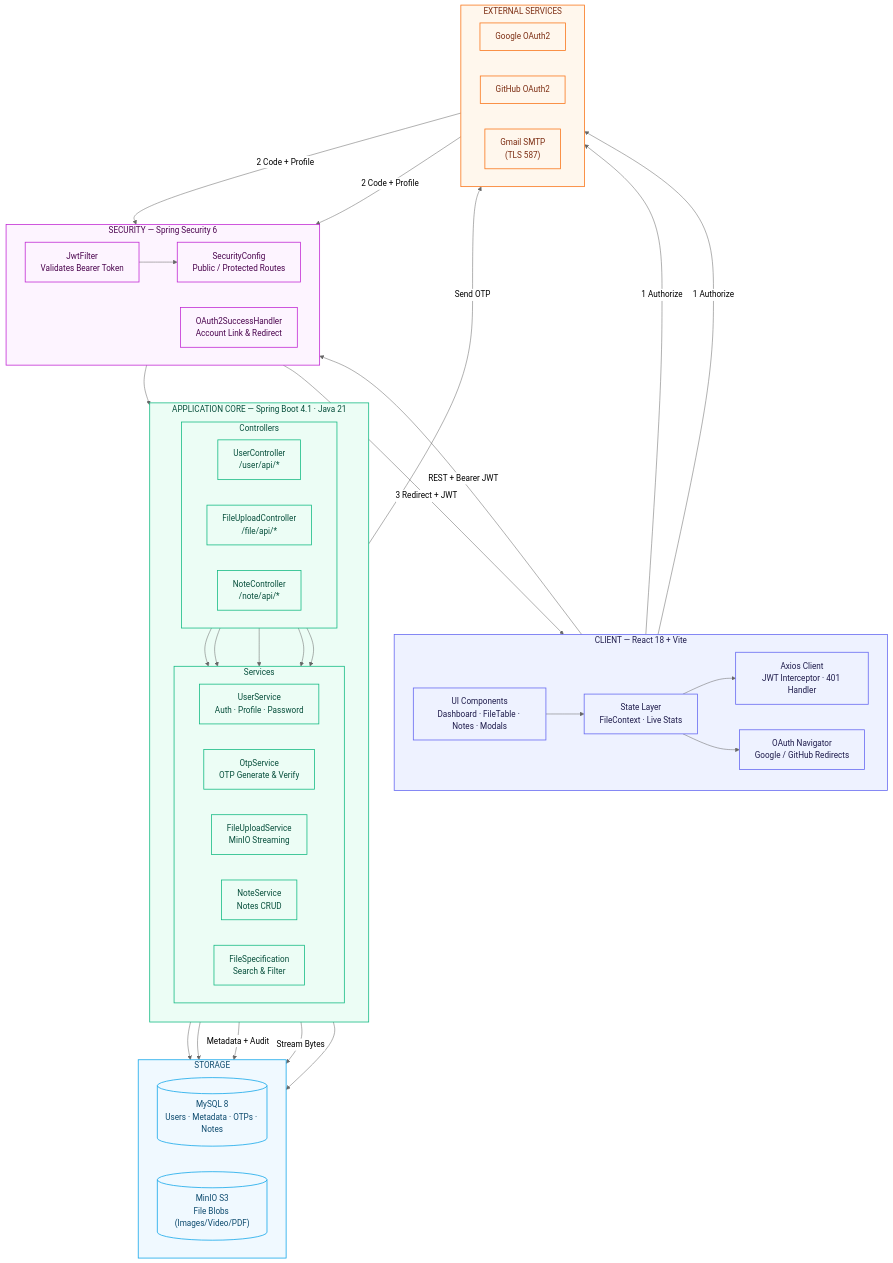
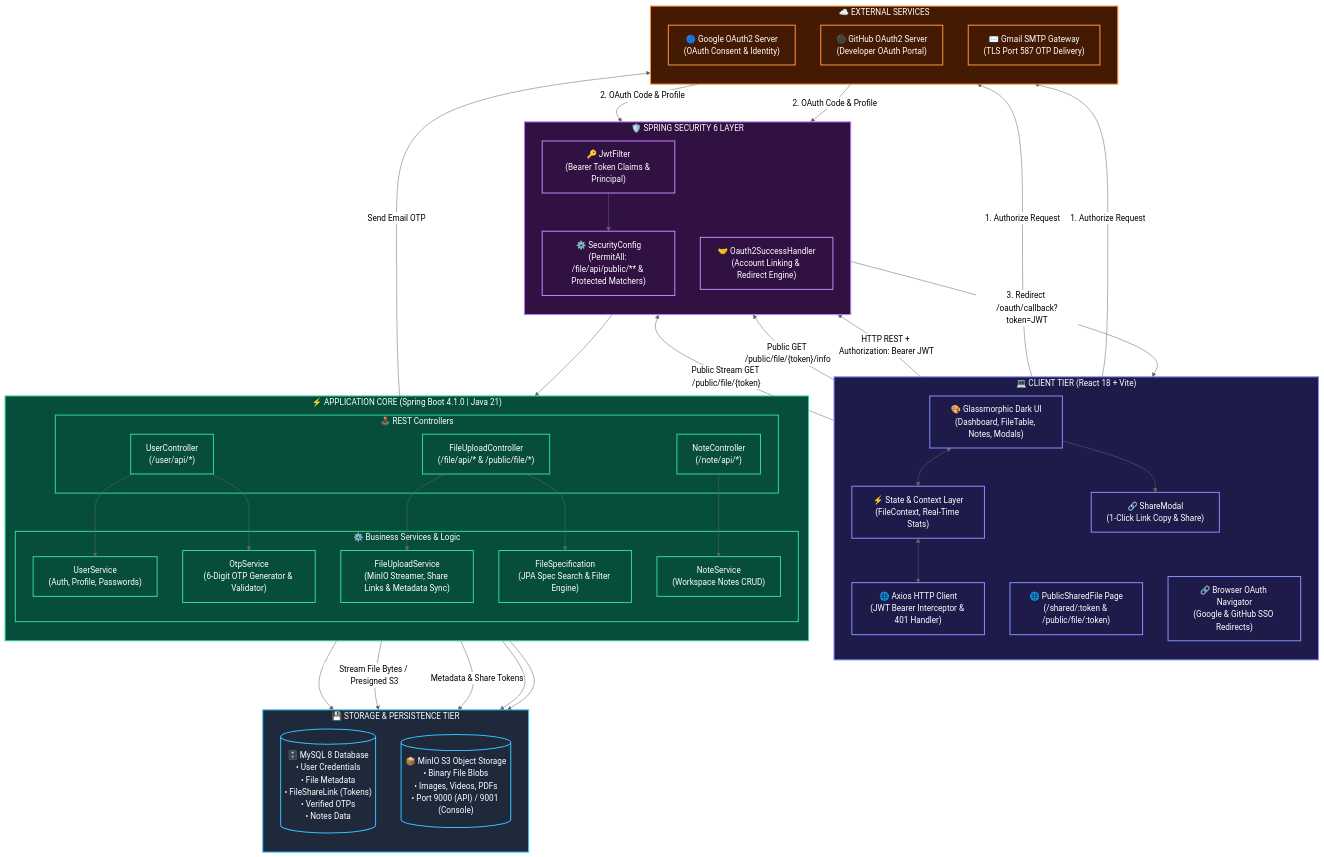
One commit to kartik-lohate11/CloudNest-Cloud-File-Storage-Platform changed the diagram in README.md. Above: the diagram before and after it, drawn with Mermaid (neutral theme). The commit also changed other lines of this file, not shown here.

Commit message:
update readme file

````diff
--- a/README.md
+++ b/README.md
@@ -69,89 +73,112 @@
 ```mermaid
 flowchart TB
-    subgraph ClientTier["CLIENT — React 18 + Vite"]
-        direction LR
-        UI["UI Components<br/>Dashboard · FileTable · Notes · Modals"]
-        State["State Layer<br/>FileContext · Live Stats"]
-        Axios["Axios Client<br/>JWT Interceptor · 401 Handler"]
-        OAuthNav["OAuth Navigator<br/>Google / GitHub Redirects"]
-
-        UI --> State --> Axios
-        State --> OAuthNav
+    %% ==========================================
+    %% CLIENT LAYER
+    %% ==========================================
+    subgraph ClientTier["💻 CLIENT TIER (React 18 + Vite)"]
+        direction TB
+        UI["🎨 Glassmorphic Dark UI\n(Dashboard, FileTable, Notes, Modals)"]
+        ShareModal["🔗 ShareModal\n(1-Click Link Copy & Share)"]
+        PublicPage["🌐 PublicSharedFile Page\n(/shared/:token & /public/file/:token)"]
+        State["⚡ State & Context Layer\n(FileContext, Real-Time Stats)"]
+        AxiosClient["🌐 Axios HTTP Client\n(JWT Bearer Interceptor & 401 Handler)"]
+        OAuthNav["🔗 Browser OAuth Navigator\n(Google & GitHub SSO Redirects)"]
+        
+        UI <--> State
+        UI --> ShareModal
+        State <--> AxiosClient
     end
 
-    subgraph SecurityTier["SECURITY — Spring Security 6"]
-        direction LR
-        JwtFilter["JwtFilter<br/>Validates Bearer Token"]
-        SecurityConfig["SecurityConfig<br/>Public / Protected Routes"]
-        OAuthHandler["OAuth2SuccessHandler<br/>Account Link & Redirect"]
-
-        JwtFilter --> SecurityConfig
+    %% ==========================================
+    %% SECURITY & GATEWAY LAYER
+    %% ==========================================
+    subgraph SecurityTier["🛡️ SPRING SECURITY 6 LAYER"]
+        direction TB
+        JwtFilter["🔑 JwtFilter\n(Bearer Token Claims & Principal)"]
+        OAuthHandler["🤝 Oauth2SuccessHandler\n(Account Linking & Redirect Engine)"]
+        SecurityConfig["⚙️ SecurityConfig\n(PermitAll: /file/api/public/** & Protected Matchers)"]
     end
 
-    subgraph AppTier["APPLICATION CORE — Spring Boot 4.1 · Java 21"]
+    %% ==========================================
+    %% APPLICATION CORE LAYER (SPRING BOOT 4.1.0)
+    %% ==========================================
+    subgraph AppTier["⚡ APPLICATION CORE (Spring Boot 4.1.0 | Java 21)"]
         direction TB
-
-        subgraph Controllers["Controllers"]
-            direction LR
-            UserCtrl["UserController<br/>/user/api/*"]
-            FileCtrl["FileUploadController<br/>/file/api/*"]
-            NoteCtrl["NoteController<br/>/note/api/*"]
+        
+        subgraph Controllers["🕹️ REST Controllers"]
+            UserCtrl["UserController\n(/user/api/*)"]
+            FileCtrl["FileUploadController\n(/file/api/* & /public/file/*)"]
+            NoteCtrl["NoteController\n(/note/api/*)"]
         end
 
-        subgraph Services["Services"]
-            direction LR
-            UserSvc["UserService<br/>Auth · Profile · Password"]
-            OtpSvc["OtpService<br/>OTP Generate & Verify"]
-            FileSvc["FileUploadService<br/>MinIO Streaming"]
-            NoteSvc["NoteService<br/>Notes CRUD"]
-            FileSpec["FileSpecification<br/>Search & Filter"]
+        subgraph Services["⚙️ Business Services & Logic"]
+            UserService["UserService\n(Auth, Profile, Passwords)"]
+            OtpService["OtpService\n(6-Digit OTP Generator & Validator)"]
+            FileService["FileUploadService\n(MinIO Streamer, Share Links & Metadata Sync)"]
+            NoteService["NoteService\n(Workspace Notes CRUD)"]
+            JPASpec["FileSpecification\n(JPA Spec Search & Filter Engine)"]
         end
 
-        UserCtrl --> UserSvc
-        UserCtrl --> OtpSvc
-        FileCtrl --> FileSvc
-        FileCtrl --> FileSpec
-        NoteCtrl --> NoteSvc
+        UserCtrl --> UserService
+        UserCtrl --> OtpService
+        FileCtrl --> FileService
+        FileCtrl --> JPASpec
+        NoteCtrl --> NoteService
     end
 
-    subgraph StorageTier["STORAGE"]
-        direction LR
-        MySQL[("MySQL 8<br/>Users · Metadata · OTPs · Notes")]
-        MinIO[("MinIO S3<br/>File Blobs (Images/Video/PDF)")]
+    %% ==========================================
+    %% PERSISTENCE & STORAGE TIER
+    %% ==========================================
+    subgraph StorageTier["💾 STORAGE & PERSISTENCE TIER"]
+        direction TB
+        MySQL[("🗄️ MySQL 8 Database\n• User Credentials\n• File Metadata\n• FileShareLink (Tokens)\n• Verified OTPs\n• Notes Data")]
+        MinIO[("📦 MinIO S3 Object Storage\n• Binary File Blobs\n• Images, Videos, PDFs\n• Port 9000 (API) / 9001 (Console)")]
     end
 
-    subgraph ExternalTier["EXTERNAL SERVICES"]
-        direction LR
-        Google["Google OAuth2"]
-        GitHub["GitHub OAuth2"]
-        SMTP["Gmail SMTP<br/>(TLS 587)"]
+    %% ==========================================
+    %% EXTERNAL SERVICES
+    %% ==========================================
+    subgraph ExternalServices["☁️ EXTERNAL SERVICES"]
+        direction TB
+        GoogleOAuth["🔵 Google OAuth2 Server\n(OAuth Consent & Identity)"]
+        GitHubOAuth["⚫ GitHub OAuth2 Server\n(Developer OAuth Portal)"]
+        SMTPMail["✉️ Gmail SMTP Gateway\n(TLS Port 587 OTP Delivery)"]
     end
 
-    Axios -->|"REST + Bearer JWT"| JwtFilter
-    OAuthNav -->|"1 Authorize"| Google
-    OAuthNav -->|"1 Authorize"| GitHub
-    Google -->|"2 Code + Profile"| OAuthHandler
-    GitHub -->|"2 Code + Profile"| OAuthHandler
-    OAuthHandler -->|"3 Redirect + JWT"| ClientTier
+    %% ==========================================
+    %% RELATIONSHIPS & DATA FLOWS
+    %% ==========================================
+    AxiosClient -->|"HTTP REST + Authorization: Bearer JWT"| JwtFilter
+    PublicPage -->|"Public GET /public/file/{token}/info"| SecurityConfig
+    PublicPage -->|"Public Stream GET /public/file/{token}"| SecurityConfig
+    
+    OAuthNav -->|"1. Authorize Request"| GoogleOAuth
+    OAuthNav -->|"1. Authorize Request"| GitHubOAuth
+    
+    GoogleOAuth -->|"2. OAuth Code & Profile"| OAuthHandler
+    GitHubOAuth -->|"2. OAuth Code & Profile"| OAuthHandler
+    OAuthHandler -->|"3. Redirect /oauth/callback?token=JWT"| ClientTier
 
+    JwtFilter --> SecurityConfig
     SecurityConfig --> Controllers
 
-    UserSvc --> MySQL
-    OtpSvc --> MySQL
-    OtpSvc -->|"Send OTP"| SMTP
-    FileSvc -->|"Metadata + Audit"| MySQL
-    FileSvc -->|"Stream Bytes"| MinIO
-    NoteSvc --> MySQL
+    UserService --> MySQL
+    OtpService --> MySQL
+    OtpService -->|"Send Email OTP"| SMTPMail
+    FileService -->|"Metadata & Share Tokens"| MySQL
+    FileService -->|"Stream File Bytes / Presigned S3"| MinIO
+    NoteService --> MySQL
 
-    classDef client fill:#EEF2FF,stroke:#6366F1,stroke-width:1.5px,color:#1E1B4B;
-    classDef security fill:#FDF4FF,stroke:#C026D3,stroke-width:1.5px,color:#4A044E;
-    classDef app fill:#ECFDF5,stroke:#10B981,stroke-width:1.5px,color:#064E3B;
-    classDef storage fill:#F0F9FF,stroke:#0EA5E9,stroke-width:1.5px,color:#0C4A6E;
-    classDef external fill:#FFF7ED,stroke:#F97316,stroke-width:1.5px,color:#7C2D12;
+    %% Styling
+    classDef client fill:#1e1b4b,stroke:#818cf8,stroke-width:2px,color:#fff;
+    classDef security fill:#311042,stroke:#c084fc,stroke-width:2px,color:#fff;
+    classDef app fill:#064e3b,stroke:#34d399,stroke-width:2px,color:#fff;
+    classDef storage fill:#1e293b,stroke:#38bdf8,stroke-width:2px,color:#fff;
+    classDef external fill:#451a03,stroke:#fb923c,stroke-width:2px,color:#fff;
 
-    class ClientTier,UI,State,Axios,OAuthNav client;
+    class ClientTier,UI,ShareModal,PublicPage,State,AxiosClient,OAuthNav client;
     class SecurityTier,JwtFilter,OAuthHandler,SecurityConfig security;
-    class AppTier,Controllers,Services,UserCtrl,FileCtrl,NoteCtrl,UserSvc,OtpSvc,FileSvc,NoteSvc,FileSpec app;
+    class AppTier,Controllers,Services,UserCtrl,FileCtrl,NoteCtrl,UserService,OtpService,FileService,NoteService,JPASpec app;
     class StorageTier,MySQL,MinIO storage;
-    class ExternalTier,Google,GitHub,SMTP external;
+    class ExternalServices,GoogleOAuth,GitHubOAuth,SMTPMail external;
 ```
````
